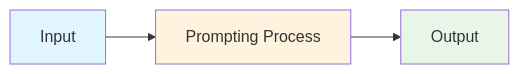
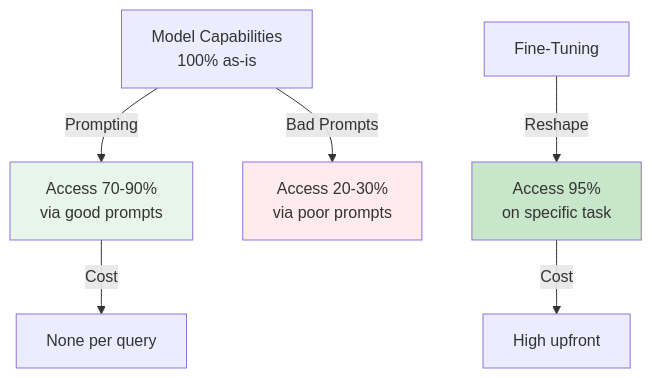
One commit to souradeepta/interviewprep-ai changed the first of 2 diagrams in llm/concepts/prompting.md. Above: the diagram before and after it, drawn with Mermaid. The commit also changed other lines of this file and 20 other files, not shown here.

First line of the commit message:
feat: enhance 18 LLM concept files with detailed Q&A, diagrams, and real-world examples

````diff
--- a/llm/concepts/prompting.md
+++ b/llm/concepts/prompting.md
@@ -40,9 +40,11 @@
 ```mermaid
-graph LR
-    A["Input"] --> B["Prompting Process"]
-    B --> C["Output"]
-
-    style A fill:#e1f5ff
-    style B fill:#fff3e0
-    style C fill:#e8f5e9
+graph TD
+    A["Model Capabilities<br/>100% as-is"] -->|Prompting| B["Access 70-90%<br/>via good prompts"]
+    A -->|Bad Prompts| C["Access 20-30%<br/>via poor prompts"]
+    D["Fine-Tuning"] -->|Reshape| E["Access 95%<br/>on specific task"]
+    B -->|Cost| F["None per query"]
+    E -->|Cost| G["High upfront"]
+    style B fill:#e8f5e9
+    style C fill:#ffebee
+    style E fill:#c8e6c9
 ```
````
